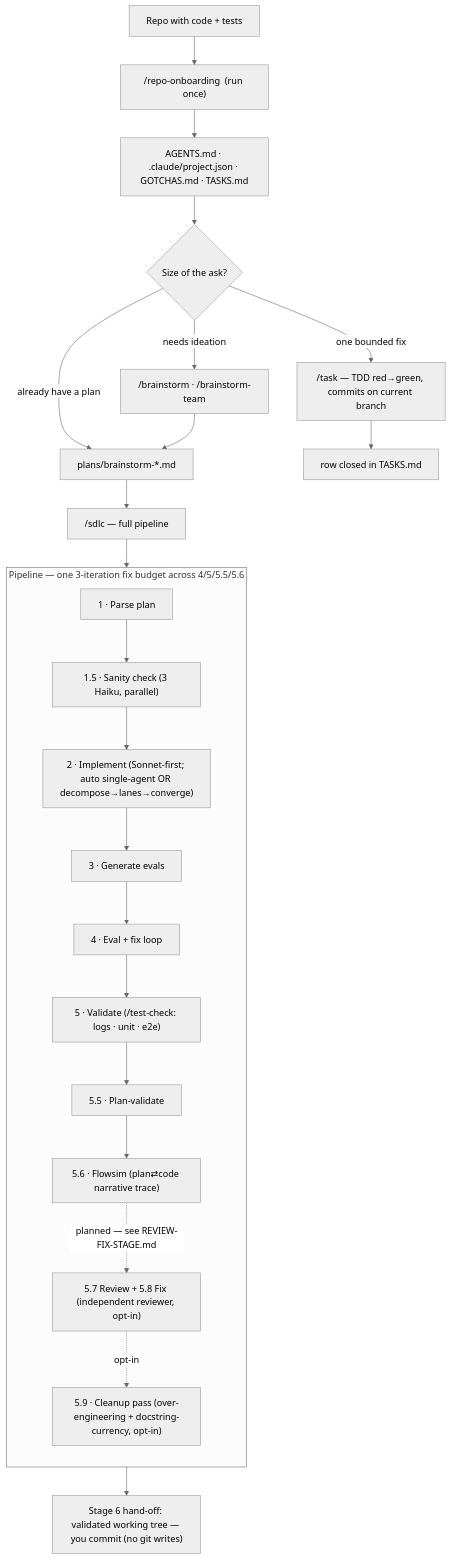
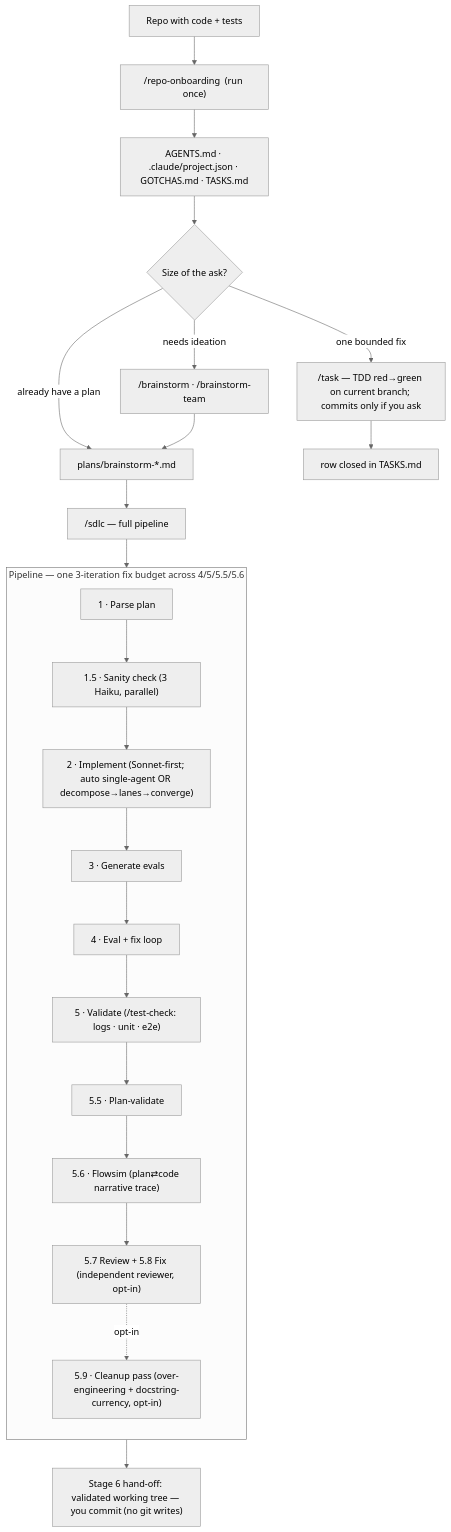
The diagram in docs/FLOW.md (exerias21/brainstorm-toolkit), drawn with Mermaid (neutral theme) before and after one commit. The commit also changed other lines of this file and 24 other files, not shown here.

````diff
--- a/docs/FLOW.md
+++ b/docs/FLOW.md
@@ -23,28 +25,28 @@
 ```mermaid
 flowchart TD
     R["Repo with code + tests"] --> ONB["/repo-onboarding  (run once)"]
     ONB --> CFG["AGENTS.md · .claude/project.json · GOTCHAS.md · TASKS.md"]
     CFG --> PICK{"Size of the ask?"}
 
-    PICK -->|"one bounded fix"| TASK["/task — TDD red→green, commits on current branch"]
+    PICK -->|"one bounded fix"| TASK["/task — TDD red→green on current branch; commits only if you ask"]
     PICK -->|"needs ideation"| BS["/brainstorm · /brainstorm-team"]
     PICK -->|"already have a plan"| PLAN["plans/brainstorm-*.md"]
     BS --> PLAN
 
     PLAN --> SDLC["/sdlc — full pipeline"]
     SDLC --> PIPE
 
     subgraph PIPE ["Pipeline — one 3-iteration fix budget across 4/5/5.5/5.6"]
       direction TB
       S1["1 · Parse plan"] --> S15["1.5 · Sanity check (3 Haiku, parallel)"]
       S15 --> S2["2 · Implement (Sonnet-first; auto single-agent OR decompose→lanes→converge)"]
       S2 --> S3["3 · Generate evals"] --> S4["4 · Eval + fix loop"]
       S4 --> S5["5 · Validate (/test-check: logs · unit · e2e)"] --> S55["5.5 · Plan-validate"]
       S55 --> S56["5.6 · Flowsim (plan⇄code narrative trace)"]
-      S56 -. "planned — see REVIEW-FIX-STAGE.md" .-> S57["5.7 Review + 5.8 Fix (independent reviewer, opt-in)"]
+      S56 --> S57["5.7 Review + 5.8 Fix (independent reviewer, opt-in)"]
       S57 -.->|"opt-in"| S59["5.9 · Cleanup pass (over-engineering + docstring-currency, opt-in)"]
     end
 
     PIPE --> HO["Stage 6 hand-off: validated working tree — you commit (no git writes)"]
     TASK --> DONE["row closed in TASKS.md"]
 ```
````
